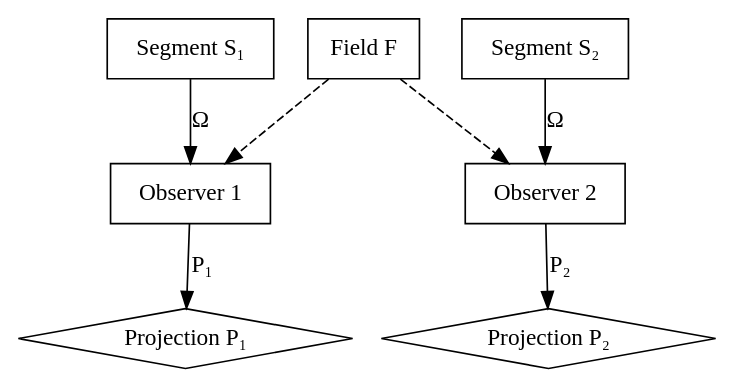
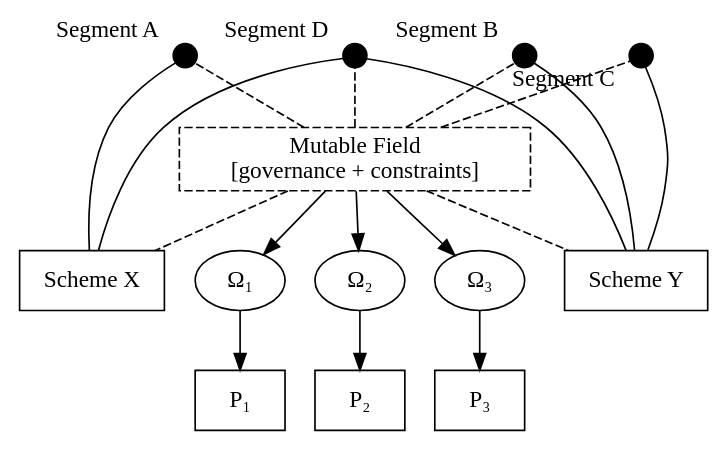
One commit to ssccsorg/ssccs changed the second of 7 diagrams in docs/Whitepaper.qmd. Above: the diagram before and after it, drawn with Graphviz. The commit also changed other lines of this file and 2 other files, not shown here.

````diff
--- a/docs/Whitepaper.qmd
+++ b/docs/Whitepaper.qmd
@@ -269,25 +166,80 @@
 ```{dot}
-//| label: fig-concurrent-observation
-//| fig-cap: "Concurrent observation of immutable Segments"
-digraph Concurrent_Observation {
+//| label: fig-ssccs-integrated
+//| fig-cap: "SSCCS integrated view: Schemes, Segments, Field, Observations, and Projections"
+digraph SSCCS_Integrated {
     rankdir=TB;
     node [shape=rect];
     
-    Segment1 [label="Segment S₁"];
-    Segment2 [label="Segment S₂"];
-    Field [label="Field F"];
+    // === Ranks ===
+    // Top: Segments (atomic coordinates)
+    { rank=source;
+        node [shape=point, width=0.2, height=0.2];
+        sA [xlabel="Segment A"];
+        sB [xlabel="Segment B"];
+        sC [xlabel="Segment C"];
+        sD [xlabel="Segment D"];
+    }
+    { rank=same; sA; sB; sC; sD; }
     
-    Observer1 [label="Observer 1"];
-    Observer2 [label="Observer 2"];
+    // Second: Schemes (structural blueprints)
+    { rank=2;
+        node [shape=box];
+        schemeX [label="Scheme X"];
+        schemeY [label="Scheme Y"];
+    }
+    { rank=same; schemeX; schemeY; }
     
-    Segment1 -> Observer1 [label="Ω"];
-    Segment2 -> Observer2 [label="Ω"];
-    Field -> Observer1 [style=dashed];
-    Field -> Observer2 [style=dashed];
+    // Third: Field (dynamic governance)
+    { rank=3;
+        Field [label="Mutable Field\n[governance + constraints]", shape=rect, style=dashed];
+    }
     
-    Observer1 -> P1 [label="P₁"];
-    Observer2 -> P2 [label="P₂"];
-    P1 [label="Projection P₁", shape=diamond];
-    P2 [label="Projection P₂", shape=diamond];
+    // Fourth: Observation events
+    { rank=4;
+        node [shape=ellipse];
+        O1 [label="Ω₁"];
+        O2 [label="Ω₂"];
+        O3 [label="Ω₃"];
+    }
+    { rank=same; O1; O2; O3; }
+    
+    // Bottom: Projections (results)
+    { rank=5;
+        node [shape=box];
+        P1 [label="P₁"];
+        P2 [label="P₂"];
+        P3 [label="P₃"];
+    }
+    { rank=same; P1; P2; P3; }
+    
+    // === Edges ===
+    
+    // Scheme–Segment relationships (undirected lines)
+    edge [arrowhead=none, style=solid];
+    schemeX -> sA;      // 1:1 – Scheme X references only A
+    schemeY -> sB;
+    schemeY -> sC;
+    schemeY -> sD;      // 1:N – Scheme Y references B, C, D
+    schemeX -> sD;      // N:M – Segment D is referenced by both Scheme X and Y
+    
+    // Field influences Schemes and Segments (dashed)
+    edge [arrowhead=none, style=dashed];
+    Field -> schemeX;
+    Field -> schemeY;
+    Field -> sA;
+    Field -> sB;
+    Field -> sC;
+    Field -> sD;
+    
+    // Observation inputs: each Ω takes a Scheme and the Field
+    edge [arrowhead=normal, style=solid];
+    Field -> O1;
+    Field -> O2;
+    Field -> O3;
+    
+    // Observation outputs: each Ω produces a Projection
+    O1 -> P1;
+    O2 -> P2;
+    O3 -> P3;
 }
 ```
````
